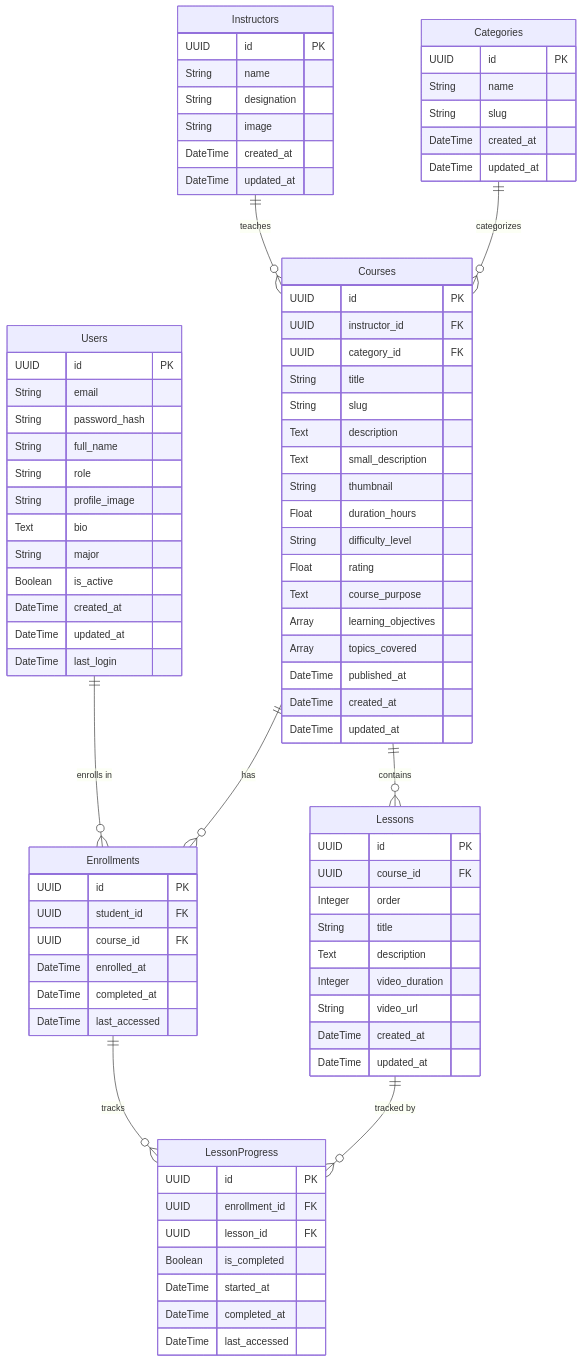
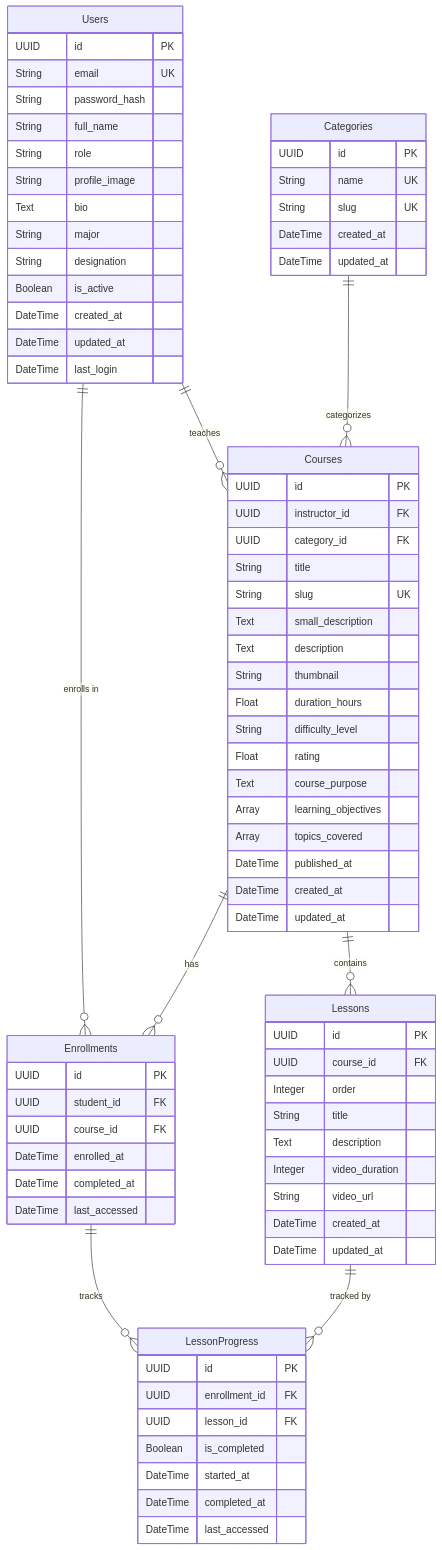
The second of 2 diagrams in database_schema.md (AyazKhira-1/LJCourses), drawn with Mermaid before and after one commit. The commit also changed other lines of this file and 29 other files, not shown here.

```diff
--- a/database_schema.md
+++ b/database_schema.md
@@ -121,32 +167,24 @@
 erDiagram
     Users {
         UUID id PK
-        String email
+        String email UK
         String password_hash
         String full_name
         String role
         String profile_image
         Text bio
         String major
+        String designation
         Boolean is_active
         DateTime created_at
         DateTime updated_at
         DateTime last_login
     }
 
-    Instructors {
-        UUID id PK
-        String name
-        String designation
-        String image
-        DateTime created_at
-        DateTime updated_at
-    }
-
     Categories {
         UUID id PK
-        String name
-        String slug
+        String name UK
+        String slug UK
         DateTime created_at
         DateTime updated_at
     }
@@ -156,9 +194,9 @@
         UUID instructor_id FK
         UUID category_id FK
         String title
-        String slug
+        String slug UK
+        Text small_description
         Text description
-        Text small_description
         String thumbnail
         Float duration_hours
         String difficulty_level
@@ -203,7 +241,7 @@
     }
 
     Users ||--o{ Enrollments : "enrolls in"
-    Instructors ||--o{ Courses : "teaches"
+    Users ||--o{ Courses : "teaches"
     Categories ||--o{ Courses : "categorizes"
     Courses ||--o{ Lessons : "contains"
     Courses ||--o{ Enrollments : "has"
```
